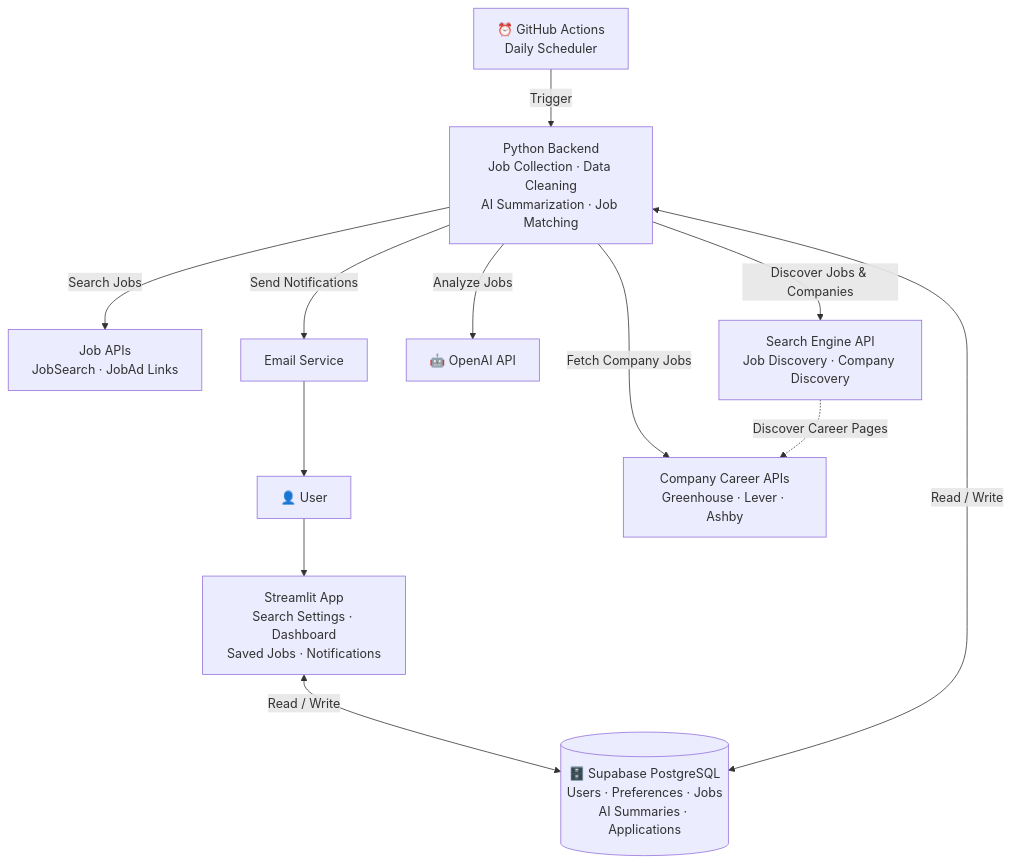
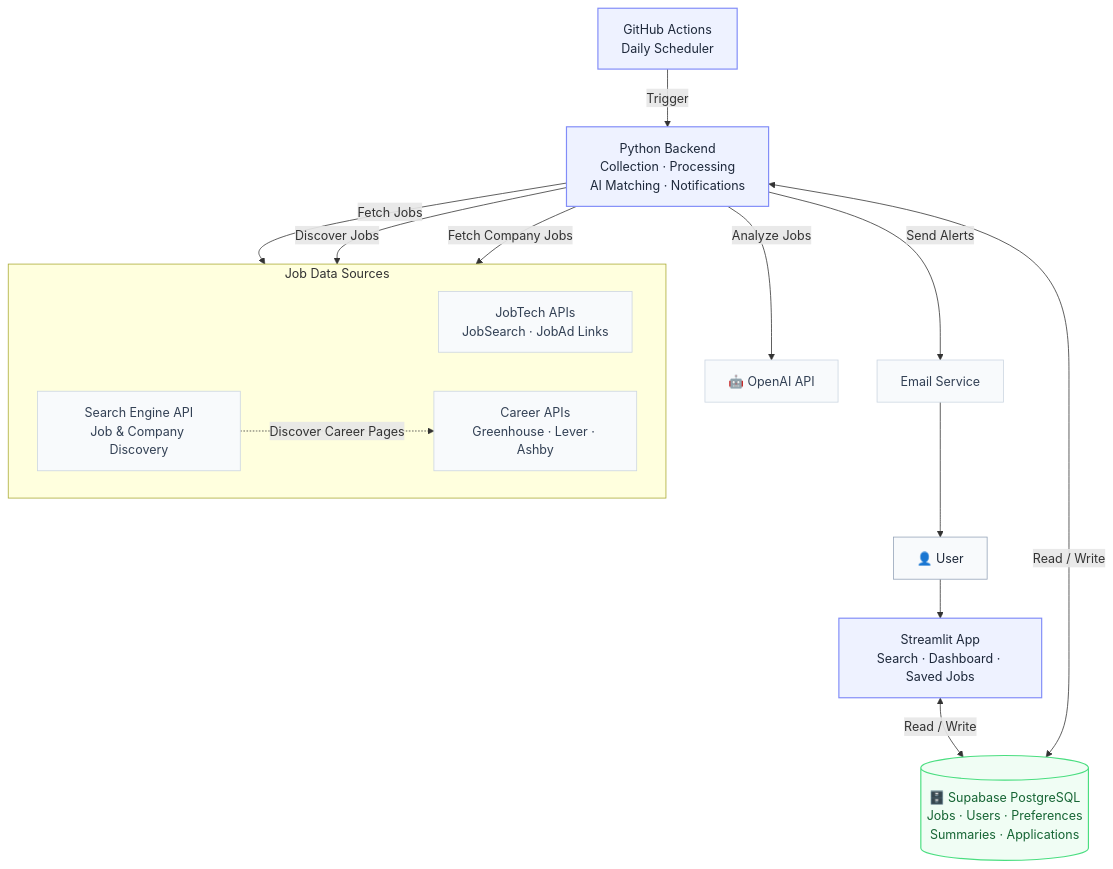
Before and after one commit to edogawa-liang/JobsAreComing: the diagram in README.md, drawn with Mermaid.

Commit message:
update architecture chart

````diff
--- a/README.md
+++ b/README.md
@@ -3,39 +3,57 @@
 ```mermaid
-flowchart TD
+flowchart TB
+    %% Styling
+    classDef default fill:#F8FAFC,stroke:#94A3B8,color:#1E293B,stroke-width:1px;
+    classDef primary fill:#EEF2FF,stroke:#818CF8,color:#1E293B,stroke-width:1.5px;
+    classDef database fill:#F0FDF4,stroke:#4ADE80,color:#166534,stroke-width:1.5px;
+    classDef external fill:#F8FAFC,stroke:#CBD5E1,color:#334155,stroke-width:1px;
+
+    %% User Interface
     User["👤 User"]
+    App["Streamlit App<br/>Search · Dashboard · Saved Jobs"]
 
-    App["Streamlit App<br/>Search Settings · Dashboard<br/>Saved Jobs · Notifications"]
+    %% Storage
+    DB[("🗄️ Supabase PostgreSQL<br/>Jobs · Users · Preferences<br/>Summaries · Applications")]
 
-    DB[("🗄️ Supabase PostgreSQL<br/>Users · Preferences · Jobs<br/>AI Summaries · Applications")]
+    %% Scheduling
+    Scheduler["GitHub Actions<br/>Daily Scheduler"]
 
-    Scheduler["⏰ GitHub Actions<br/>Daily Scheduler"]
+    %% Backend
+    Backend["Python Backend<br/>Collection · Processing<br/>AI Matching · Notifications"]
 
-    Backend["Python Backend<br/>Job Collection · Data Cleaning<br/>AI Summarization · Job Matching"]
+    %% External Job Sources
+    subgraph Sources["Job Data Sources"]
+        direction LR
+        JobAPI["JobTech APIs<br/>JobSearch · JobAd Links"]
+        SearchEngine["Search Engine API<br/>Job & Company Discovery"]
+        CareerAPI["Career APIs<br/>Greenhouse · Lever · Ashby"]
+    end
 
-    JobAPI["Job APIs<br/>JobSearch · JobAd Links"]
-
-    SearchEngine["Search Engine API<br/>Job Discovery · Company Discovery"]
-
-    CareerAPI["Company Career APIs<br/>Greenhouse · Lever · Ashby"]
-
+    %% External Services
     AI["🤖 OpenAI API"]
-
     Email["Email Service"]
 
+    %% Main Flow
     User --> App
     App <-->|Read / Write| DB
 
     Scheduler -->|Trigger| Backend
+    Backend <-->|Read / Write| DB
 
-    Backend <-->|Read / Write| DB
-    Backend -->|Search Jobs| JobAPI
-    Backend -->|Discover Jobs & Companies| SearchEngine
+    %% Job Collection
+    Backend -->|Fetch Jobs| JobAPI
+    Backend -->|Discover Jobs| SearchEngine
     Backend -->|Fetch Company Jobs| CareerAPI
 
     SearchEngine -.->|Discover Career Pages| CareerAPI
 
+    %% AI & Notifications
     Backend -->|Analyze Jobs| AI
-    Backend -->|Send Notifications| Email
+    Backend -->|Send Alerts| Email
+    Email --> User
 
-    Email --> User
+    %% Node Styles
+    class App,Backend,Scheduler primary;
+    class DB database;
+    class JobAPI,SearchEngine,CareerAPI,AI,Email external;
 ```
````
